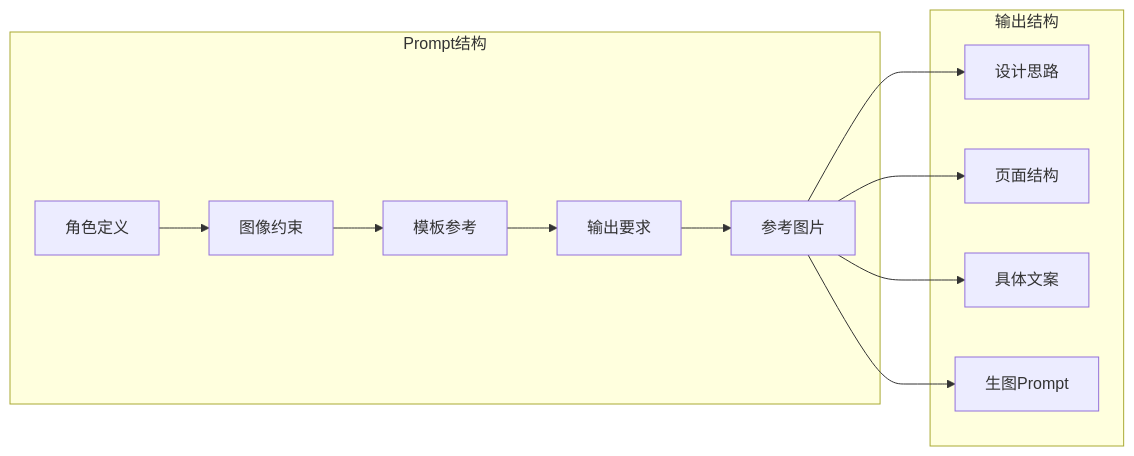
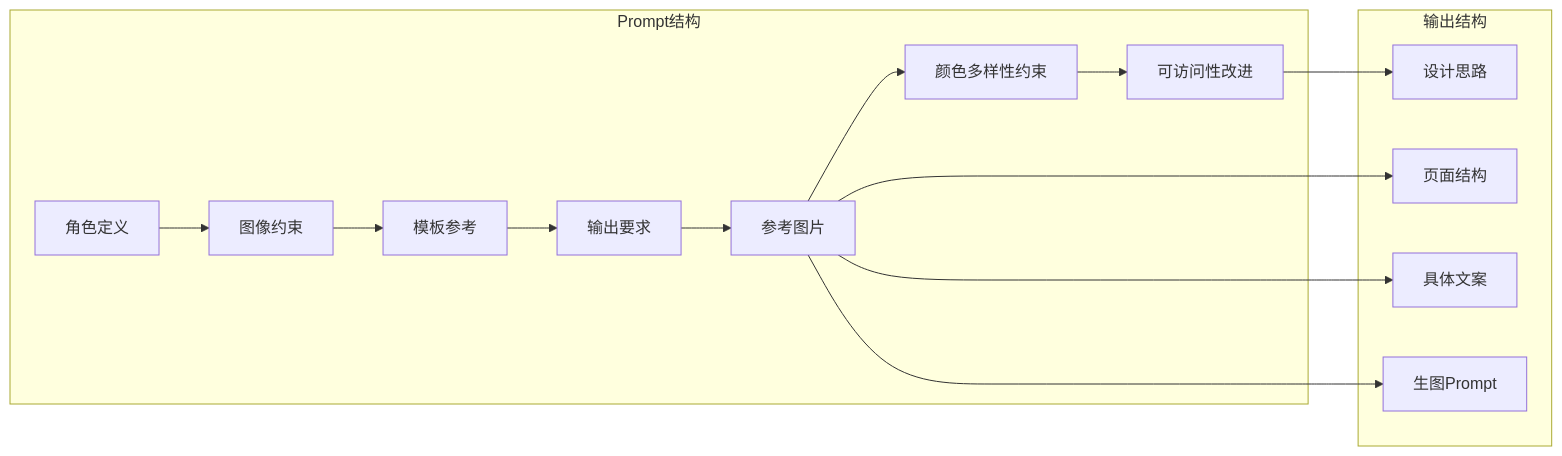
The seventh of 13 diagrams in .qoder/repowiki/zh/content/核心模块详解/方案生成模块.md (WongMingJiu/landingpage-test-hero-page), drawn with Mermaid before and after one commit. The commit also changed other lines of this file and 7 other files, not shown here.

````diff
--- a/.qoder/repowiki/zh/content/核心模块详解/方案生成模块.md
+++ b/.qoder/repowiki/zh/content/核心模块详解/方案生成模块.md
@@ -294,24 +377,28 @@
 ```mermaid
 flowchart LR
 subgraph "Prompt结构"
 Role[角色定义]
 Constraints[图像约束]
 Templates[模板参考]
 Requirements[输出要求]
 References[参考图片]
+ColorDiversity[颜色多样性约束]
+Accessibility[可访问性改进]
 end
 subgraph "输出结构"
 Design[设计思路]
 Structure[页面结构]
 Content[具体文案]
 ImagePrompt[生图Prompt]
 end
 Role --> Constraints
 Constraints --> Templates
 Templates --> Requirements
 Requirements --> References
-References --> Design
+References --> ColorDiversity
+ColorDiversity --> Accessibility
+Accessibility --> Design
 References --> Structure
 References --> Content
 References --> ImagePrompt
 ```
````
